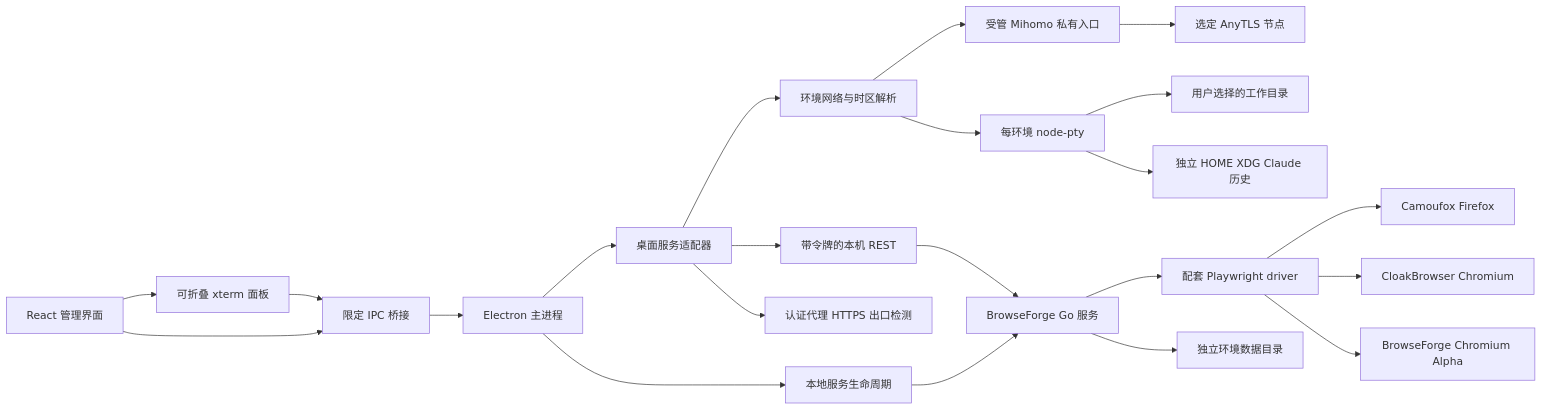
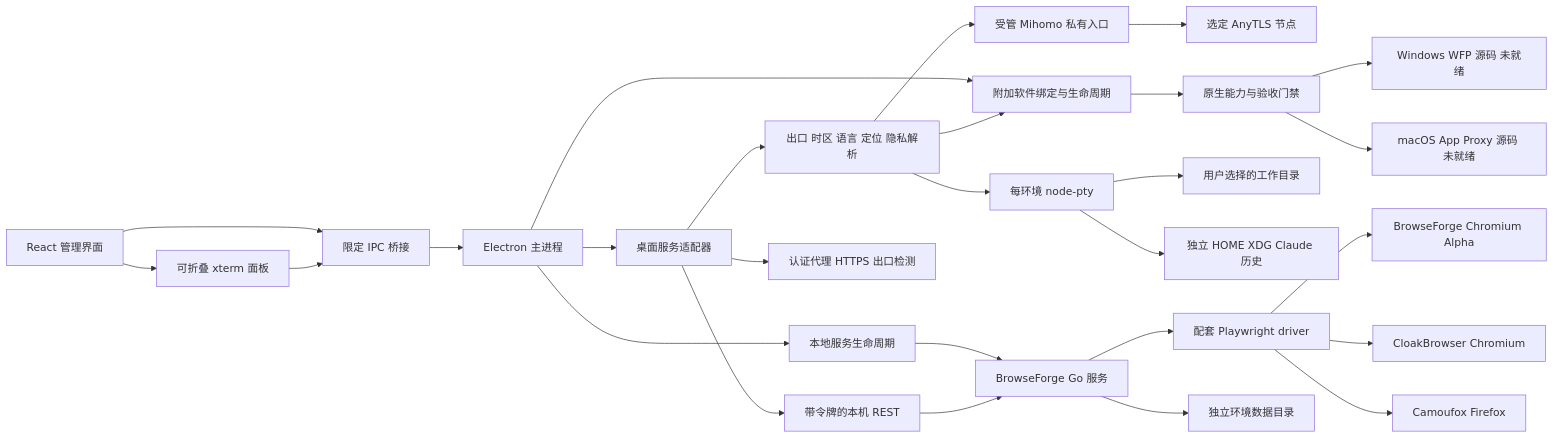
Before and after one commit to ink-scholar/Envara: the diagram in docs/architecture.md, drawn with Mermaid. The commit also changed other lines of this file and 110 other files, not shown here.

```diff
--- a/docs/architecture.md
+++ b/docs/architecture.md
@@ -5,24 +5,29 @@
 ~~~mermaid
 flowchart LR
   UI[React 管理界面] --> Bridge[限定 IPC 桥接]
   Bridge --> Main[Electron 主进程]
   Main --> Adapter[桌面服务适配器]
   Main --> Manager[本地服务生命周期]
+  Main --> Applications[附加软件绑定与生命周期]
   Adapter --> Client[带令牌的本机 REST]
   Adapter --> Network[认证代理 HTTPS 出口检测]
-  Adapter --> Context[环境网络与时区解析]
+  Adapter --> Context[出口 时区 语言 定位 隐私解析]
   Context --> ProxyCore[受管 Mihomo 私有入口]
   ProxyCore --> AnyTLS[选定 AnyTLS 节点]
   Context --> Terminal[每环境 node-pty]
+  Context --> Applications
+  Applications --> NativeGuard[原生能力与验收门禁]
+  NativeGuard --> Mac[macOS App Proxy 源码 未就绪]
+  NativeGuard --> Windows[Windows WFP 源码 未就绪]
   UI --> Xterm[可折叠 xterm 面板]
   Xterm --> Bridge
   Terminal --> CWD[用户选择的工作目录]
   Terminal --> Config[独立 HOME XDG Claude 历史]
   Manager --> Sidecar[BrowseForge Go 服务]
   Client --> Sidecar
   Sidecar --> Driver[配套 Playwright driver]
   Driver --> Firefox[Camoufox Firefox]
   Driver --> Cloak[CloakBrowser Chromium]
   Driver --> Alpha[BrowseForge Chromium Alpha]
   Sidecar --> Profiles[独立环境数据目录]
 ~~~
```
